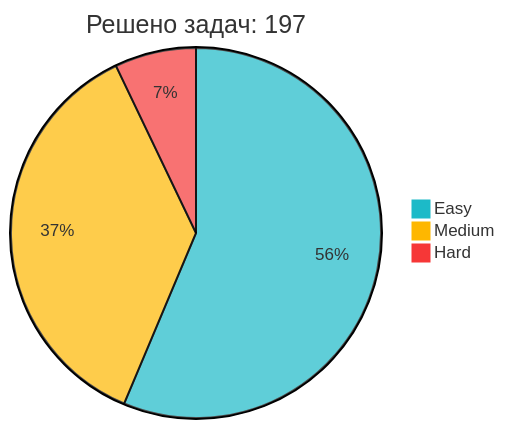
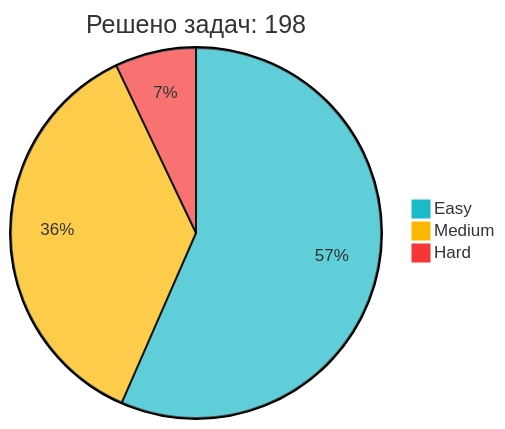
The diagram in README.md (IliaKurdukov/IliaKurdukov), drawn with Mermaid before and after one commit. The commit also changed other lines of this file, not shown here.

Commit message:
📈 Обновление статистики LeetCode

````diff
--- a/README.md
+++ b/README.md
@@ -51,7 +51,7 @@
 ```mermaid
 %%{init: {'theme': 'base', 'themeVariables': { 'pie1': '#1CBAC8', 'pie2': '#FEB700', 'pie3': '#F63737' }, 'config': {'width': 300, 'height': 200}}}%%
-pie title Решено задач: 197
-   "Easy" : 111
+pie title Решено задач: 198
+   "Easy" : 112
    "Medium" : 72
    "Hard" : 14
 ```
````
